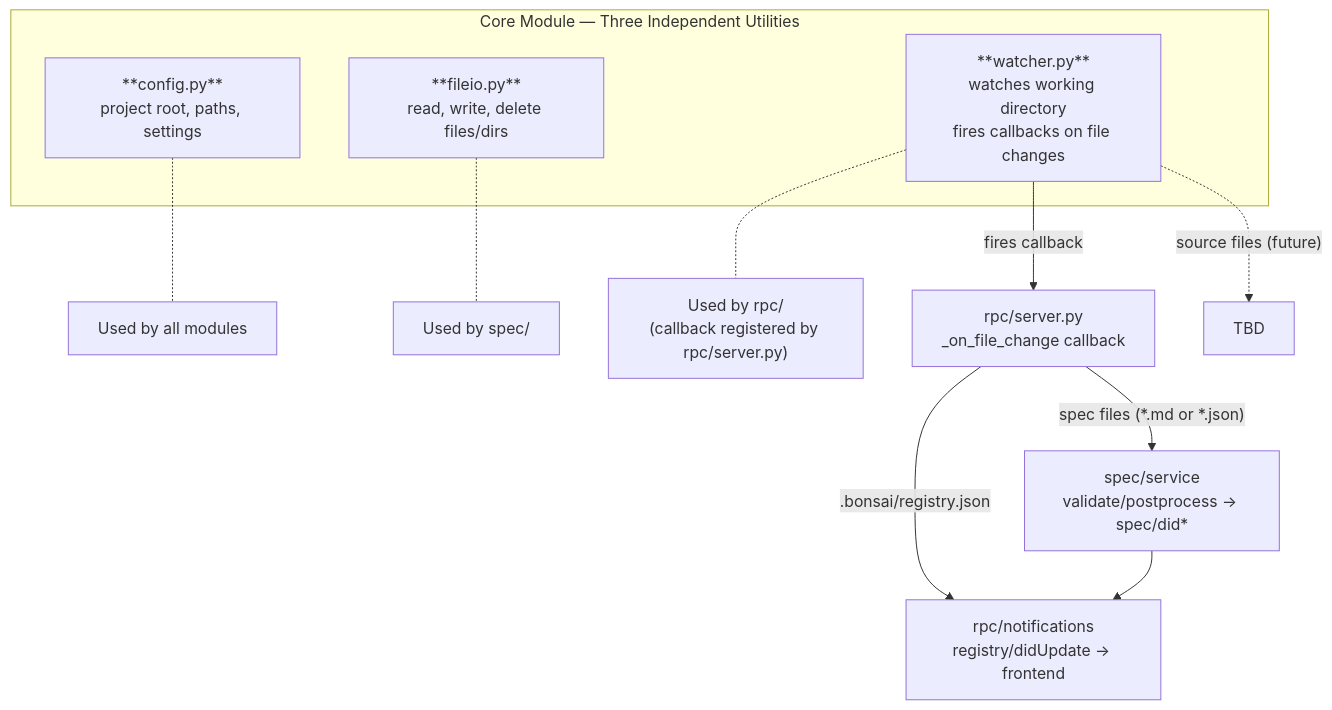
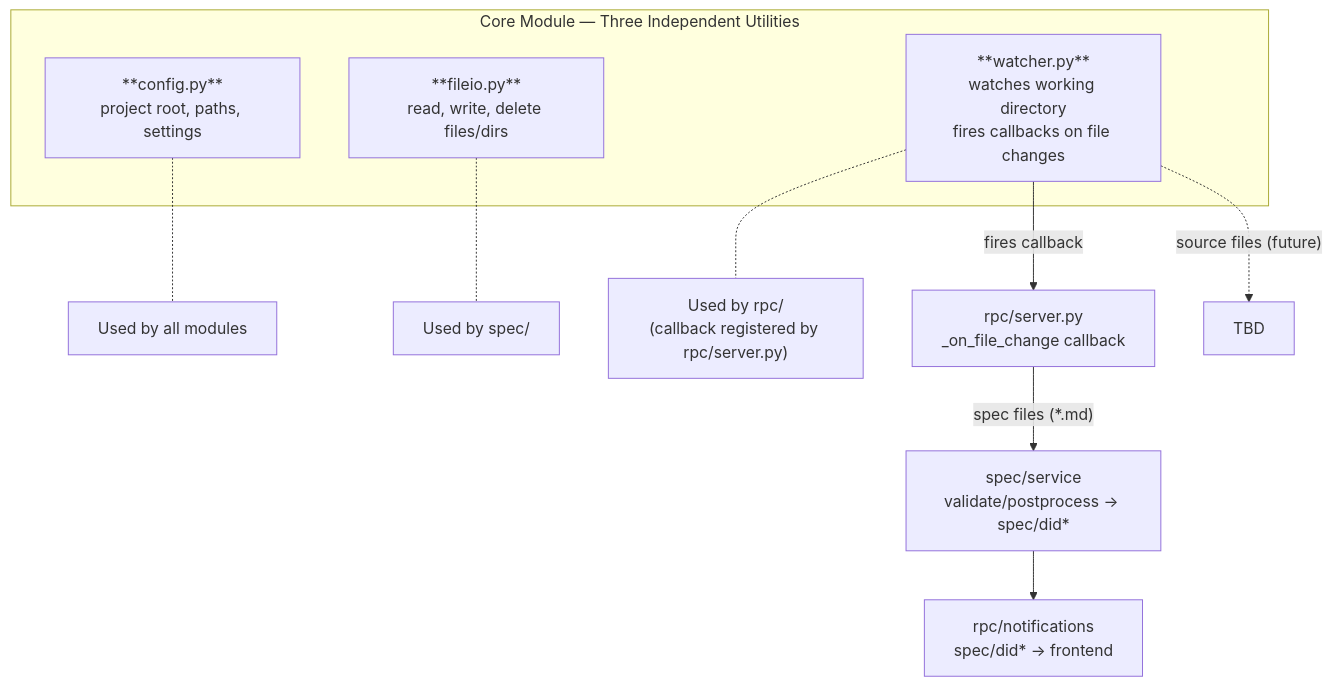
The diagram in backend/app/core/README.md (JetBrains/thinkrail), drawn with Mermaid before and after one commit. The commit also changed other lines of this file and 188 other files, not shown here.

````diff
--- a/backend/app/core/README.md
+++ b/backend/app/core/README.md
@@ -37,18 +49,17 @@
 ```mermaid
 graph TD
     subgraph Core["Core Module — Three Independent Utilities"]
         Config["**config.py**<br/>project root, paths, settings"]
         FileIO["**fileio.py**<br/>read, write, delete files/dirs"]
         Watcher["**watcher.py**<br/>watches working directory<br/>fires callbacks on file changes"]
     end
 
     Config -.- AllMods["Used by all modules"]
     FileIO -.- SpecOnly["Used by spec/"]
     Watcher -.- RPC["Used by rpc/<br/>(callback registered by rpc/server.py)"]
 
     Watcher -- "fires callback" --> RPCCb["rpc/server.py<br/>_on_file_change callback"]
-    RPCCb -- "spec files (*.md or *.json)" --> SpecSvc["spec/service<br/>validate/postprocess → spec/did*"]
-    RPCCb -- ".bonsai/registry.json" --> Notify["rpc/notifications<br/>registry/didUpdate → frontend"]
-    SpecSvc --> Notify
+    RPCCb -- "spec files (*.md)" --> SpecSvc["spec/service<br/>validate/postprocess → spec/did*"]
+    SpecSvc --> Notify["rpc/notifications<br/>spec/did* → frontend"]
     Watcher -. "source files (future)" .-> TBD["TBD"]
 ```
````
